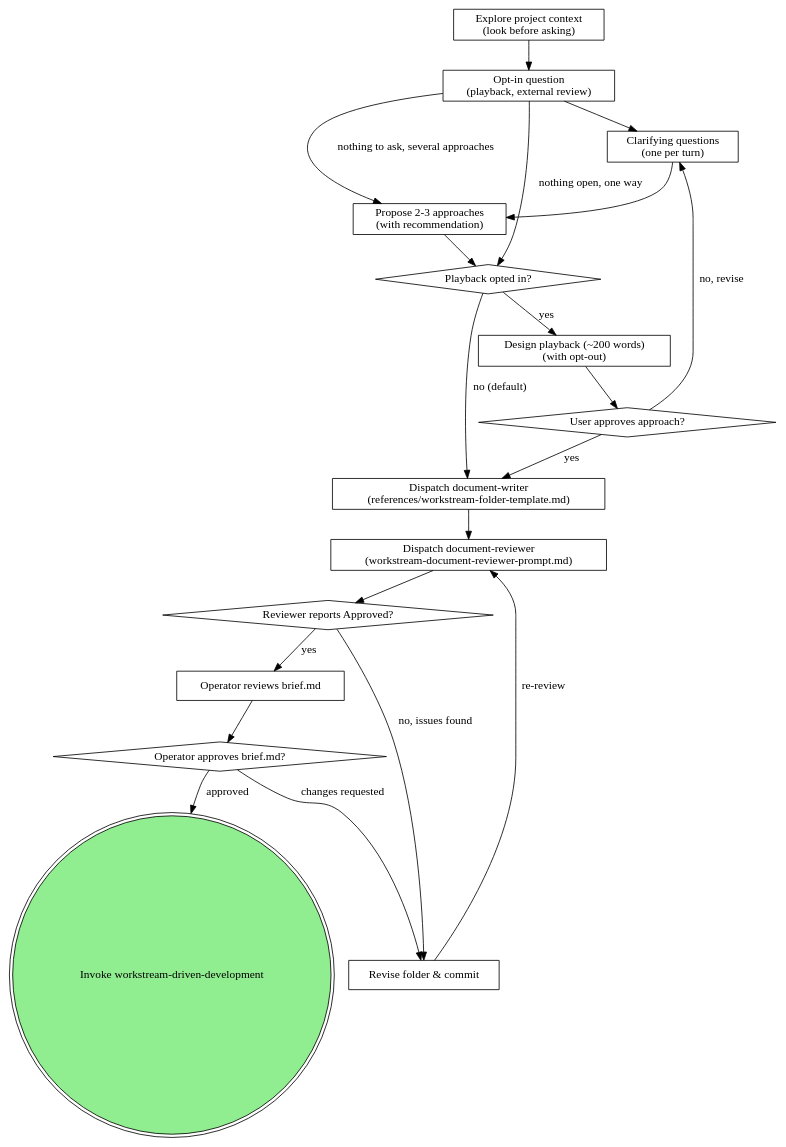
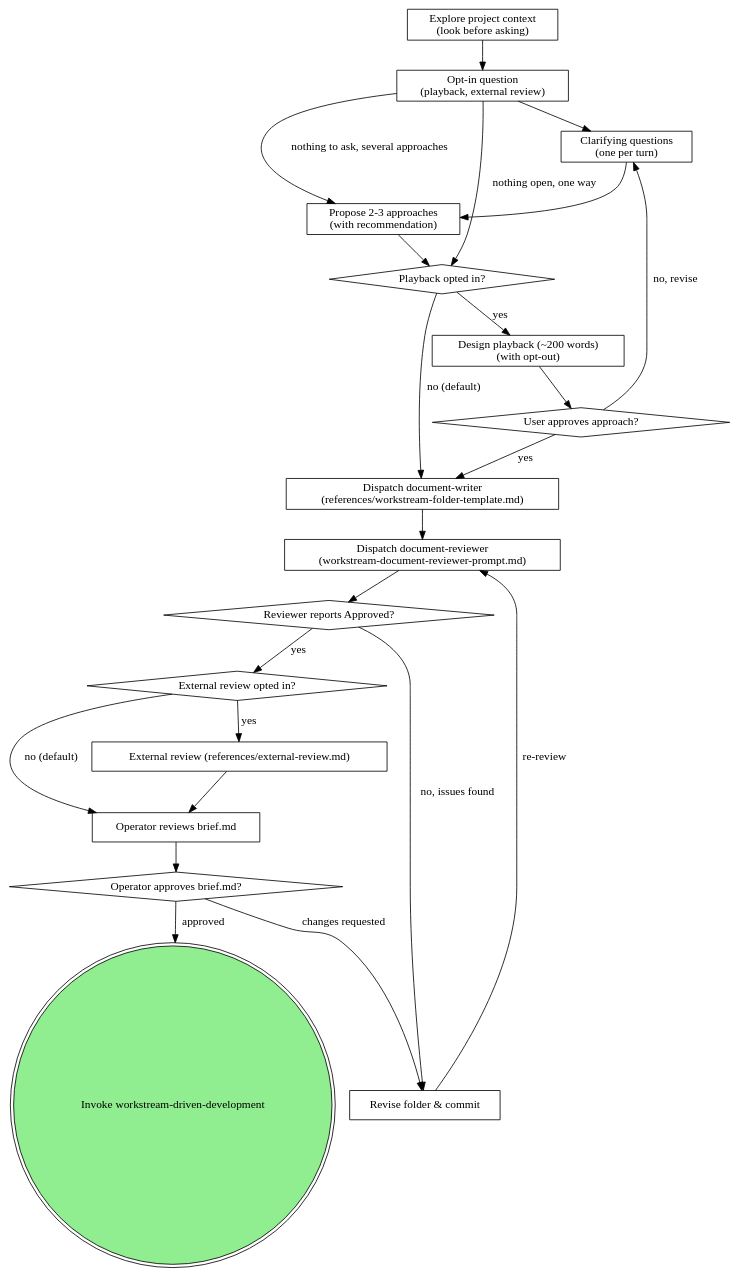
The diagram in skills/workstream-brainstorming/SKILL.md (dtbndr/solopowers), drawn with Graphviz before and after one commit. The commit also changed other lines of this file and 9 other files, not shown here.

Commit message:
fix(brainstorming): opt-in turn, external review order, unambiguous digest, test coverage

````diff
--- a/skills/workstream-brainstorming/SKILL.md
+++ b/skills/workstream-brainstorming/SKILL.md
@@ -91,38 +92,43 @@
 ```dot
 digraph workstream_brainstorming {
     "Explore project context\n(look before asking)" [shape=box];
     "Clarifying questions\n(one per turn)" [shape=box];
     "Propose 2-3 approaches\n(with recommendation)" [shape=box];
     "Opt-in question\n(playback, external review)" [shape=box];
     "Playback opted in?" [shape=diamond];
     "Design playback (~200 words)\n(with opt-out)" [shape=box];
     "User approves approach?" [shape=diamond];
     "Dispatch document-writer\n(references/workstream-folder-template.md)" [shape=box];
     "Dispatch document-reviewer\n(workstream-document-reviewer-prompt.md)" [shape=box];
     "Reviewer reports Approved?" [shape=diamond];
     "Revise folder & commit" [shape=box];
+    "External review opted in?" [shape=diamond];
+    "External review (references/external-review.md)" [shape=box];
     "Operator reviews brief.md" [shape=box];
     "Operator approves brief.md?" [shape=diamond];
     "Invoke workstream-driven-development" [shape=doublecircle style=filled fillcolor=lightgreen];
 
     "Explore project context\n(look before asking)" -> "Opt-in question\n(playback, external review)";
     "Opt-in question\n(playback, external review)" -> "Clarifying questions\n(one per turn)";
     "Opt-in question\n(playback, external review)" -> "Playback opted in?" [label="nothing open, one way"];
     "Opt-in question\n(playback, external review)" -> "Propose 2-3 approaches\n(with recommendation)" [label="nothing to ask, several approaches"];
     "Clarifying questions\n(one per turn)" -> "Propose 2-3 approaches\n(with recommendation)";
     "Propose 2-3 approaches\n(with recommendation)" -> "Playback opted in?";
     "Playback opted in?" -> "Design playback (~200 words)\n(with opt-out)" [label="yes"];
     "Playback opted in?" -> "Dispatch document-writer\n(references/workstream-folder-template.md)" [label="no (default)"];
     "Design playback (~200 words)\n(with opt-out)" -> "User approves approach?";
     "User approves approach?" -> "Clarifying questions\n(one per turn)" [label="no, revise"];
     "User approves approach?" -> "Dispatch document-writer\n(references/workstream-folder-template.md)" [label="yes"];
     "Dispatch document-writer\n(references/workstream-folder-template.md)" -> "Dispatch document-reviewer\n(workstream-document-reviewer-prompt.md)";
     "Dispatch document-reviewer\n(workstream-document-reviewer-prompt.md)" -> "Reviewer reports Approved?";
     "Reviewer reports Approved?" -> "Revise folder & commit" [label="no, issues found"];
     "Revise folder & commit" -> "Dispatch document-reviewer\n(workstream-document-reviewer-prompt.md)" [label="re-review"];
-    "Reviewer reports Approved?" -> "Operator reviews brief.md" [label="yes"];
+    "Reviewer reports Approved?" -> "External review opted in?" [label="yes"];
+    "External review opted in?" -> "External review (references/external-review.md)" [label="yes"];
+    "External review opted in?" -> "Operator reviews brief.md" [label="no (default)"];
+    "External review (references/external-review.md)" -> "Operator reviews brief.md";
     "Operator reviews brief.md" -> "Operator approves brief.md?";
     "Operator approves brief.md?" -> "Revise folder & commit" [label="changes requested"];
     "Operator approves brief.md?" -> "Invoke workstream-driven-development" [label="approved"];
 }
 ```
````
